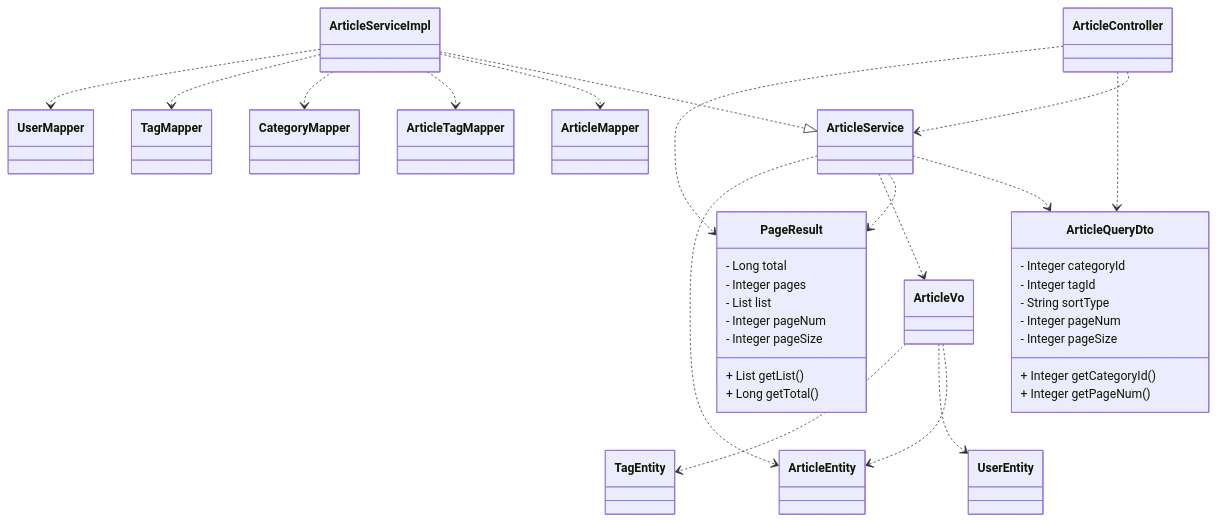
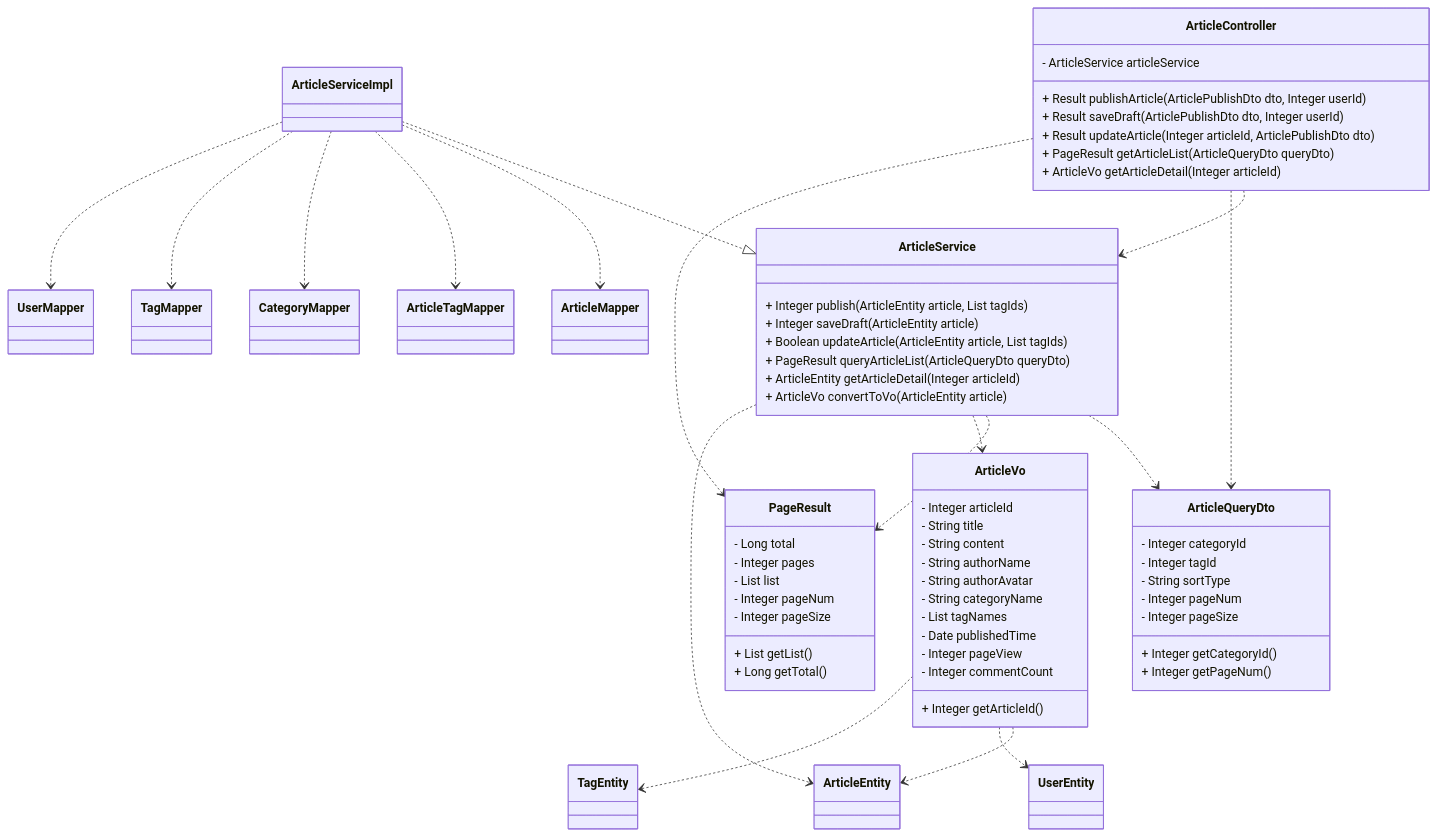
Before and after one commit to DEbalanceUX/iodraw-files: the diagram in all/未命名-1.md, drawn with Mermaid.

Commit message:
2025-12-11 11:34:32 update

````diff
--- a/all/未命名-1.md
+++ b/all/未命名-1.md
@@ -1,43 +1,77 @@
 ```mermaid
 classDiagram
     %% 核心关系定义
     ArticleServiceImpl ..|> ArticleService
     ArticleController ..> ArticleService
     ArticleController ..> ArticleQueryDto
     ArticleController ..> PageResult
     ArticleService ..> ArticleQueryDto
     ArticleService ..> PageResult
     ArticleService ..> ArticleVo
     ArticleService ..> ArticleEntity
     ArticleVo ..> ArticleEntity            
     ArticleVo ..> UserEntity    
     ArticleVo ..> TagEntity      
     ArticleServiceImpl ..> ArticleMapper
     ArticleServiceImpl ..> ArticleTagMapper
     ArticleServiceImpl ..> CategoryMapper
     ArticleServiceImpl ..> TagMapper
     ArticleServiceImpl ..> UserMapper
 
     %% 博客列表查询条件类
     class ArticleQueryDto {
         - Integer categoryId
         - Integer tagId
         - String sortType
         - Integer pageNum
         - Integer pageSize
         + Integer getCategoryId()
         + Integer getPageNum()
     }
     %% 博客列表分页结果类（泛型）
     class PageResult {
         - Long total
         - Integer pages
         - List<T> list
         - Integer pageNum
         - Integer pageSize
         + List<T> getList()
         + Long getTotal()
     }
+    %% 博客详情VO类（返回前端展示数据）
+    class ArticleVo {
+        - Integer articleId
+        - String title
+        - String content
+        - String authorName
+        - String authorAvatar
+        - String categoryName
+        - List<String> tagNames
+        - Date publishedTime
+        - Integer pageView
+        - Integer commentCount
+        + Integer getArticleId()
+    }
+
+    %% 控制器类（整合所有文章相关接口）
+    class ArticleController {
+        - ArticleService articleService
+        + Result publishArticle(ArticlePublishDto dto, Integer userId)
+        + Result saveDraft(ArticlePublishDto dto, Integer userId)
+        + Result updateArticle(Integer articleId, ArticlePublishDto dto)
+        + PageResult<ArticleVo> getArticleList(ArticleQueryDto queryDto)
+        + ArticleVo getArticleDetail(Integer articleId)
+    }
+
+    %% 服务接口（整合所有文章相关业务规范）
+    class ArticleService {
+        + Integer publish(ArticleEntity article, List<Integer> tagIds)
+        + Integer saveDraft(ArticleEntity article)
+        + Boolean updateArticle(ArticleEntity article, List<Integer> tagIds)
+        + PageResult<ArticleEntity> queryArticleList(ArticleQueryDto queryDto)
+        + ArticleEntity getArticleDetail(Integer articleId)
+        + ArticleVo convertToVo(ArticleEntity article)
+    }
 
 
 ```
````
